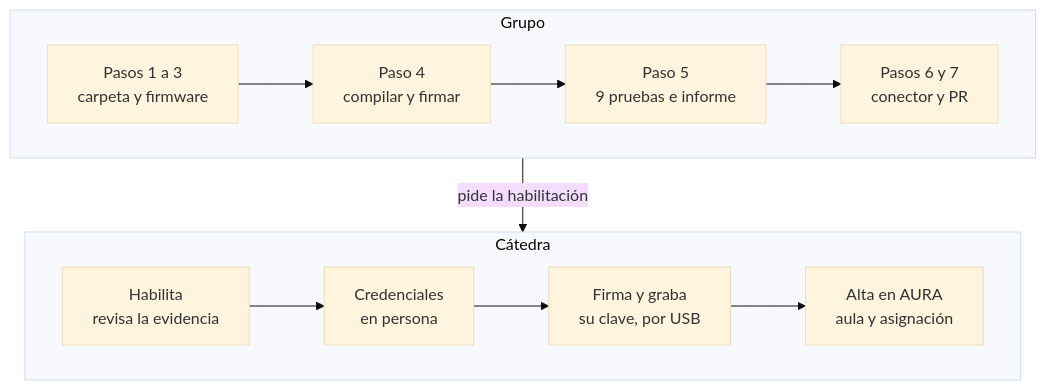
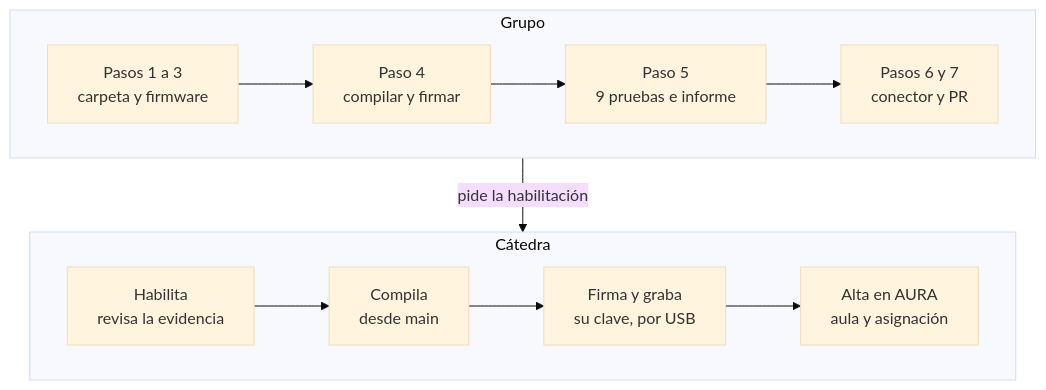
Before and after one commit to Universidad-Nacional-de-Rafaela/aura-firmware: the diagram in Mesh_Red_Completa/GUIA_HOJAS_NUEVAS.md, drawn with Mermaid (base theme). The commit also changed other lines of this file and 1 other file, not shown here.

Commit message:
Mesh_Red_Completa: la guía y el análisis siguen el #66 (la cátedra compila desde main y firma)

````diff
--- a/Mesh_Red_Completa/GUIA_HOJAS_NUEVAS.md
+++ b/Mesh_Red_Completa/GUIA_HOJAS_NUEVAS.md
@@ -23,12 +23,12 @@
 ```mermaid
 flowchart TB
   subgraph G[Grupo]
     direction LR
     A1["Pasos 1 a 3<br/>carpeta y firmware"] --> A2["Paso 4<br/>compilar y firmar"] --> A3["Paso 5<br/>9 pruebas e informe"] --> A4["Pasos 6 y 7<br/>conector y PR"]
   end
   subgraph C[Cátedra]
     direction LR
-    B1["Habilita<br/>revisa la evidencia"] --> B2["Credenciales<br/>en persona"] --> B3["Firma y graba<br/>su clave, por USB"] --> B4["Alta en AURA<br/>aula y asignación"]
+    B1["Habilita<br/>revisa la evidencia"] --> B2["Compila<br/>desde main"] --> B3["Firma y graba<br/>su clave, por USB"] --> B4["Alta en AURA<br/>aula y asignación"]
   end
   G -- pide la habilitación --> C
 ```
````
